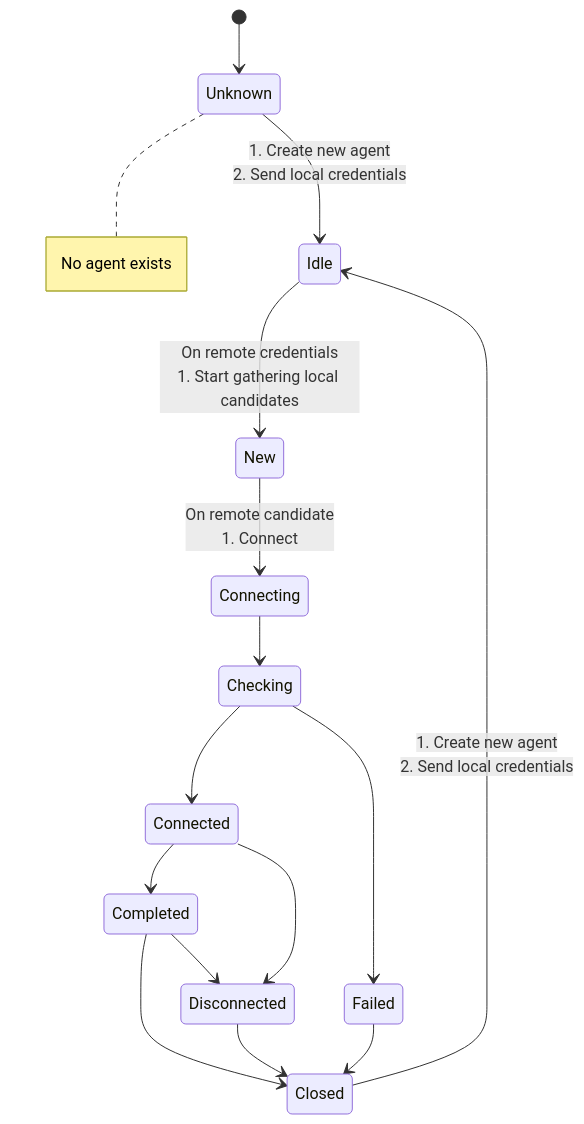
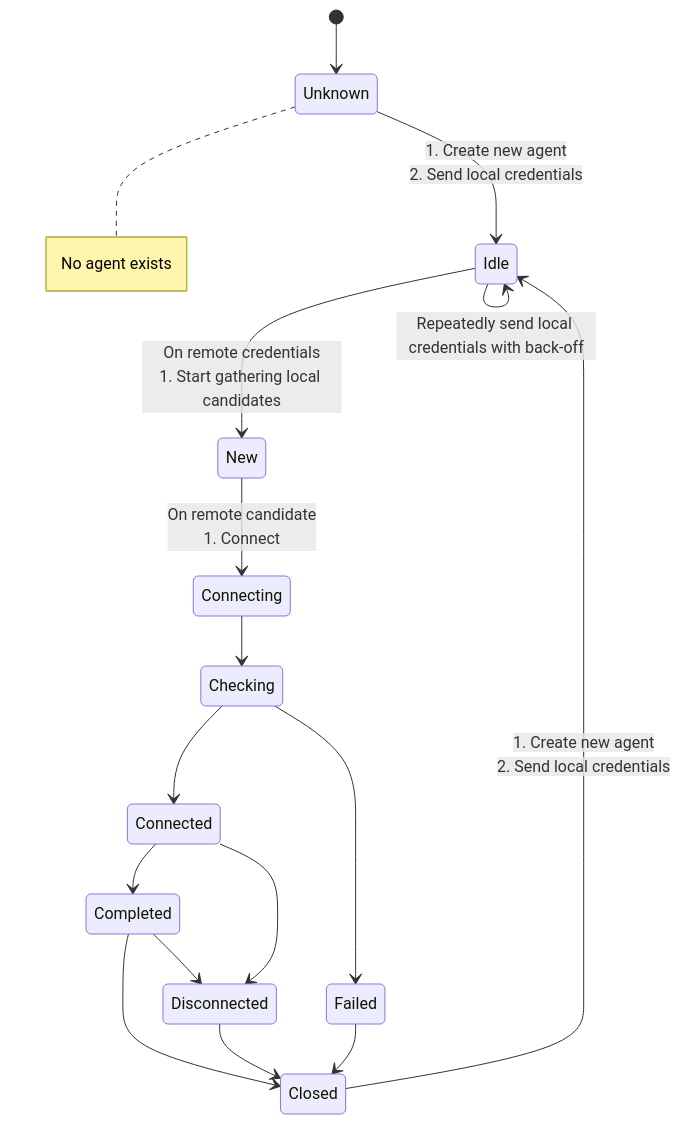
One commit to cunicu/cunicu changed the second of 2 diagrams in docs/Signaling.md. Above: the diagram before and after it, drawn with Mermaid.

Commit message:
docs: add backoff credential resends to state diagram

````diff
--- a/docs/Signaling.md
+++ b/docs/Signaling.md
@@ -23,24 +23,25 @@
 ```mermaid title="ICE ConnectionState state diagram"
 stateDiagram-v2 
     [*] --> Unknown
     
     note right of Unknown
         No agent exists
     end note
 
     Unknown --> Idle: 1. Create new agent<br>2. Send local credentials
 
     Idle --> New: On remote credentials<br>1. Start gathering local candidates
+    Idle --> Idle: Repeatedly send local credentials with back-off
 
     New --> Connecting: On remote candidate<br>1. Connect
     Connecting --> Checking
     Checking --> Connected
     Checking --> Failed
     Completed --> Disconnected
     Connected --> Disconnected
     Connected --> Completed
     Completed --> Closed
     Disconnected --> Closed
     Closed --> Idle: 1. Create new agent<br>2. Send local credentials
     Failed --> Closed
 ```
````
